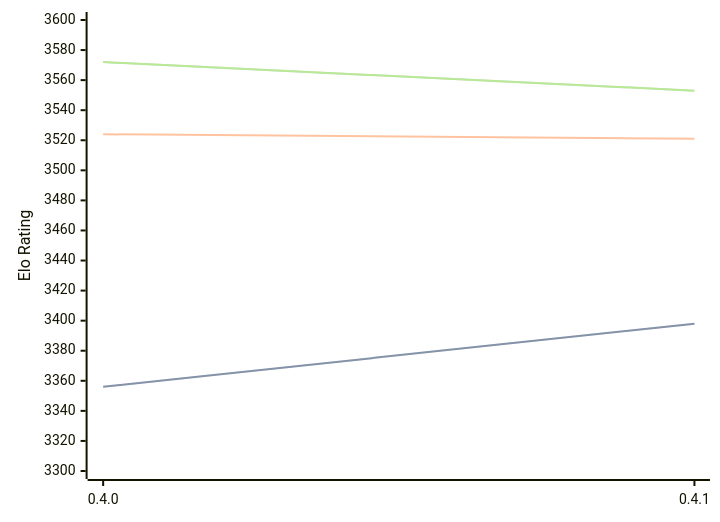
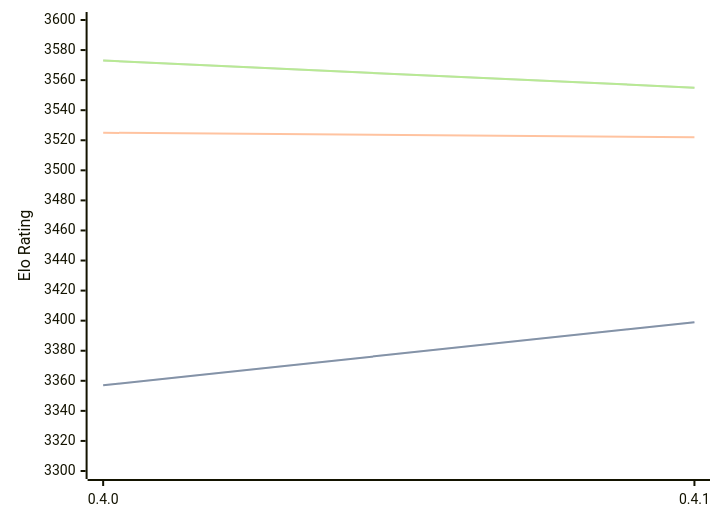
Before and after one commit to computer-chess-index/cci: the diagram in engines/Cinder.md, drawn with Mermaid. The commit also changed other lines of this file, not shown here.

Commit message:
Update CCI Ratings (ELO VLTC) - 2026-05-12

````diff
--- a/engines/Cinder.md
+++ b/engines/Cinder.md
@@ -40,11 +40,11 @@
 ```mermaid
 %%{init: {"theme":"base","themeVariables":{"seriesColors:['#a3a3a3','#222221','#faa371']}}}%%
 xychart-beta
   x-axis ["0.4.0", "0.4.1"]
   y-axis "Elo Rating" 3300 --> 3600
-  line "STC (8.0+0.08s)" [3356, 3398]
-  line "STC (8.0+0.08s)" [3356, 3398]
-  line "LTC (60.0+0.60s)" [3524, 3521]
-  line "VLTC (2m24s+1.12s)" [3572, 3553]
-  line "VLTC (2m24s+1.12s)" [3572, 3553]
+  line "STC (8.0+0.08s)" [3357, 3399]
+  line "STC (8.0+0.08s)" [3357, 3399]
+  line "LTC (60.0+0.60s)" [3525, 3522]
+  line "VLTC (2m24s+1.12s)" [3573, 3555]
+  line "VLTC (2m24s+1.12s)" [3573, 3555]
 ```
````
